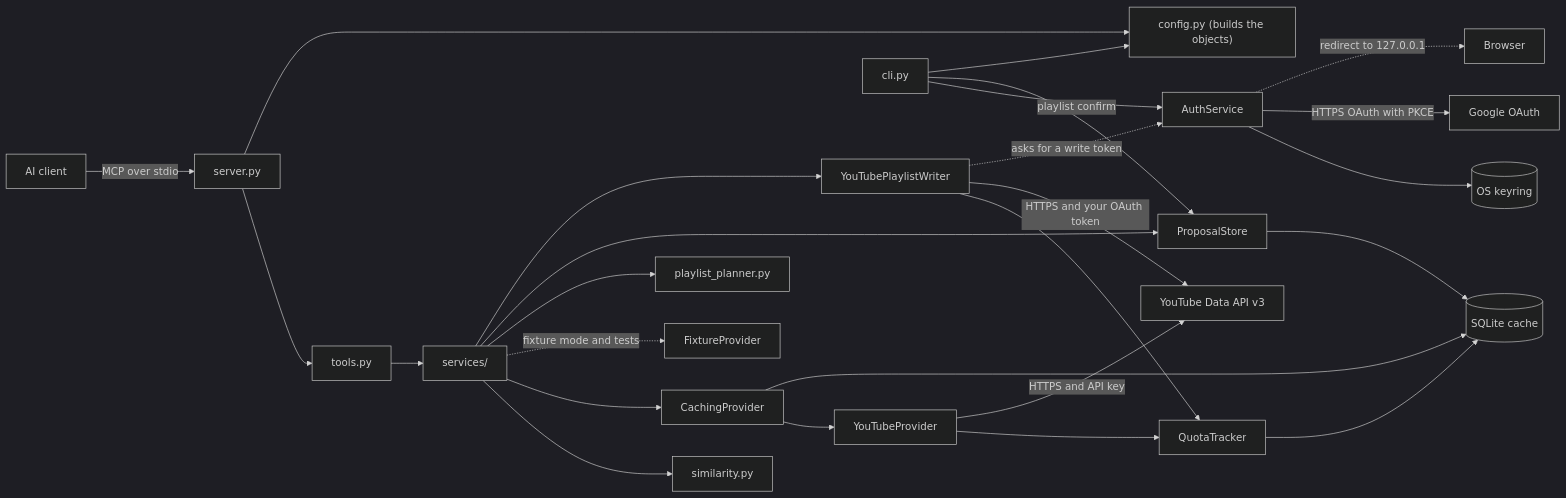
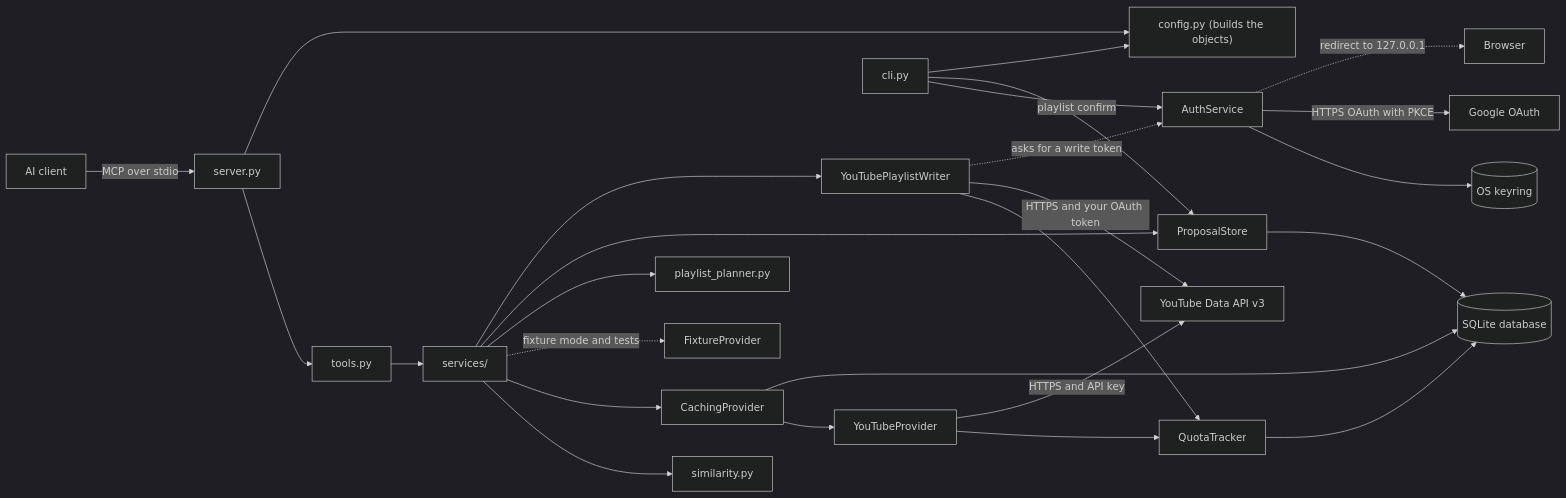
The diagram in docs/Areas/Design Components.md (Chris-ops4573/Youtube_MCP_Server), drawn with Mermaid (dark theme) before and after one commit. The commit also changed other lines of this file and 22 other files, not shown here.

Commit message:
refactor: rename cache.py to database.py

````diff
--- a/docs/Areas/Design Components.md
+++ b/docs/Areas/Design Components.md
@@ -9,28 +9,28 @@
 ```mermaid
 flowchart LR
   Client["AI client"] -->|"MCP over stdio"| Server["server.py"]
   Server --> Tools["tools.py"]
   Tools --> Services["services/"]
   Services --> Sim["similarity.py"]
   Services --> Caching["CachingProvider"]
   Services -.->|"fixture mode and tests"| Fixture["FixtureProvider"]
   Caching --> Live["YouTubeProvider"]
-  Caching --> DB[("SQLite cache")]
+  Caching --> DB[("SQLite database")]
   Live --> Quota["QuotaTracker"]
   Quota --> DB
   Live -->|"HTTPS and API key"| YT["YouTube Data API v3"]
   CLI["cli.py"] --> Auth["AuthService"]
   Auth --> KR[("OS keyring")]
   Auth -->|"HTTPS OAuth with PKCE"| Google["Google OAuth"]
   Auth -.->|"redirect to 127.0.0.1"| Browser["Browser"]
   Services --> Planner["playlist_planner.py"]
   Services --> Store["ProposalStore"]
   Store --> DB
   Services --> Writer["YouTubePlaylistWriter"]
   Writer --> Quota
   Writer -->|"HTTPS and your OAuth token"| YT
   Writer -.->|"asks for a write token"| Auth
   CLI -->|"playlist confirm"| Store
   Server --> Config["config.py (builds the objects)"]
   CLI --> Config
 ```
````
